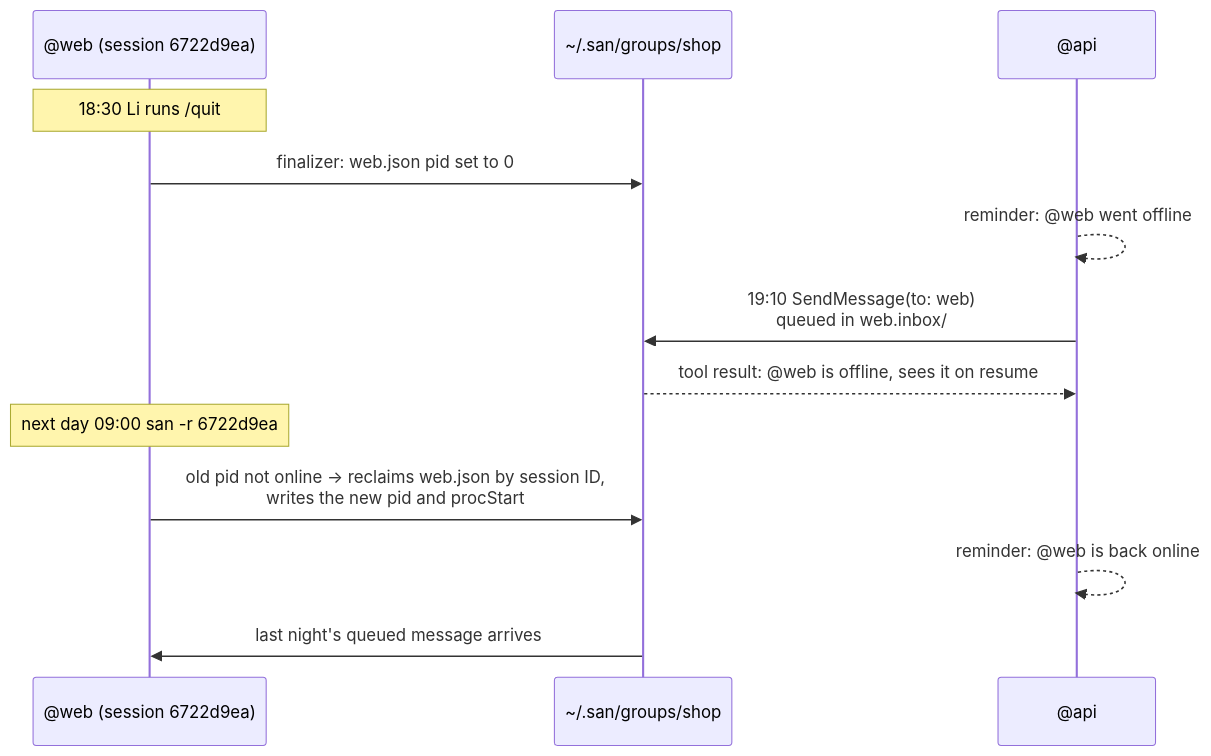
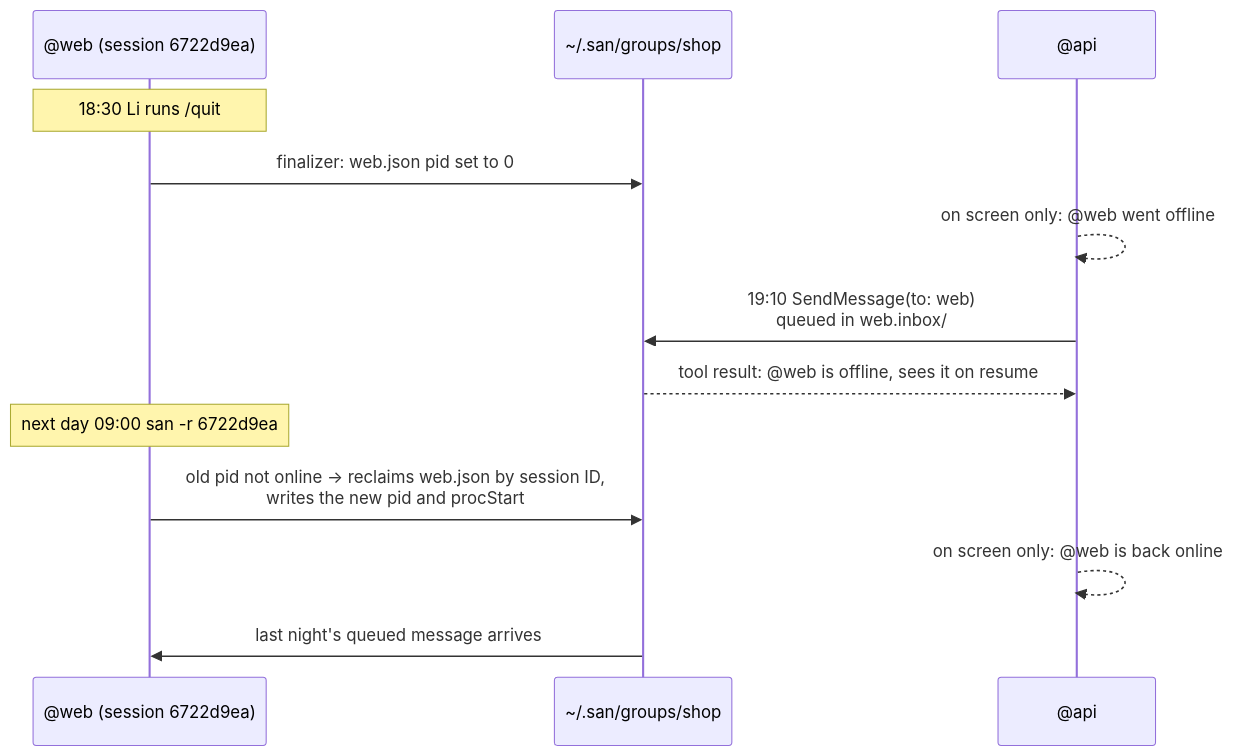
The fourth of 5 diagrams in docs/design/proposals/0003-session-groups.md (genai-io/san), drawn with Mermaid before and after one commit. The commit also changed other lines of this file and 14 other files, not shown here.

````diff
--- a/docs/design/proposals/0003-session-groups.md
+++ b/docs/design/proposals/0003-session-groups.md
@@ -387,15 +392,15 @@
 ```mermaid
 sequenceDiagram
     participant W as @web (session 6722d9ea)
     participant FS as ~/.san/groups/shop
     participant A as @api
     Note over W: 18:30 Li runs /quit
     W->>FS: finalizer: web.json pid set to 0
-    A-->>A: reminder: @web went offline
+    A-->>A: on screen only: @web went offline
     A->>FS: 19:10 SendMessage(to: web)<br/>queued in web.inbox/
     FS-->>A: tool result: @web is offline, sees it on resume
     Note over W: next day 09:00 san -r 6722d9ea
     W->>FS: old pid not online → reclaims web.json by session ID,<br/>writes the new pid and procStart
-    A-->>A: reminder: @web is back online
+    A-->>A: on screen only: @web is back online
     FS->>W: last night's queued message arrives
 ```
````
